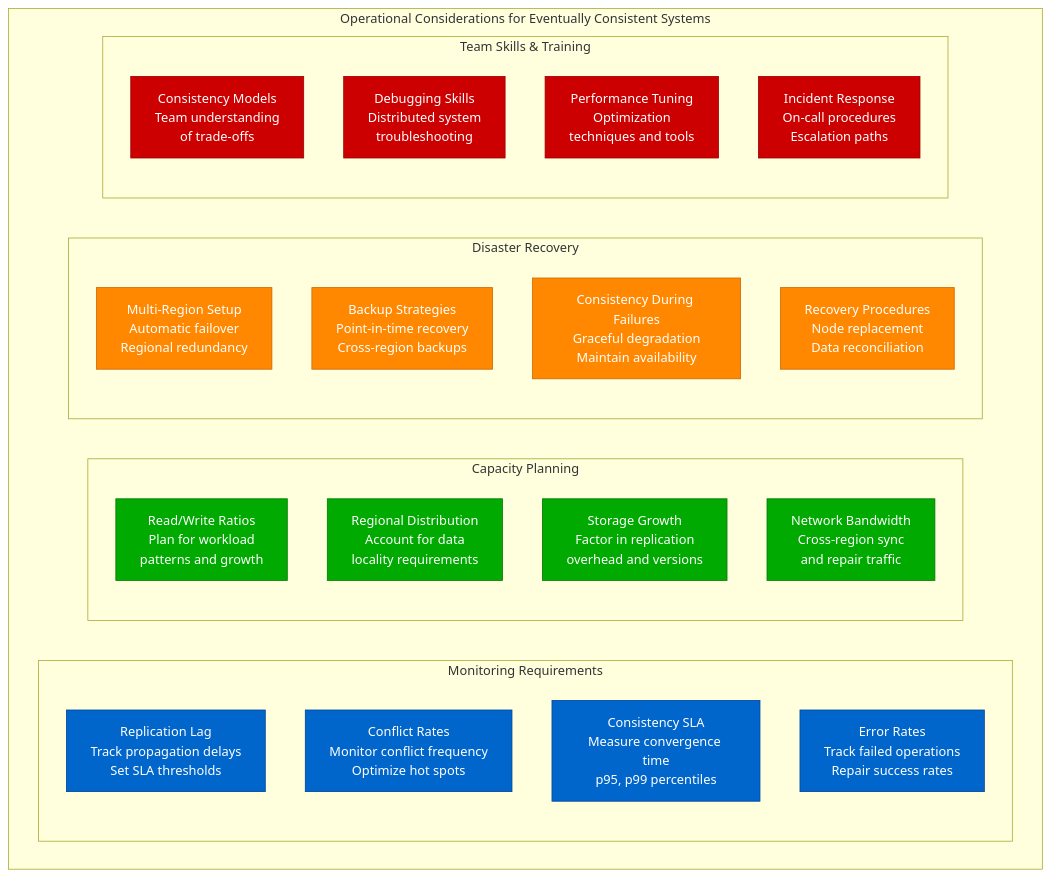
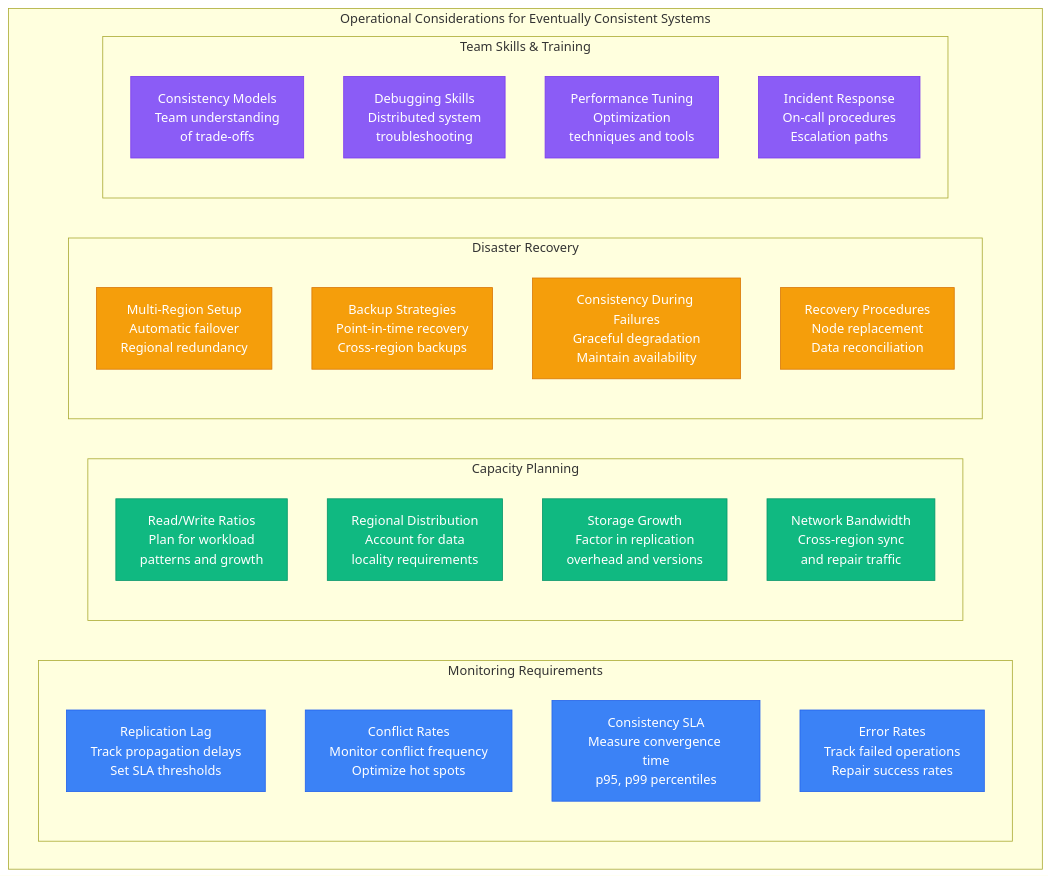
Diagram 12 of 12 in site/docs/guarantees/eventual-consistency/eventual-consistency-examples.md (deepaucksharma/DS), drawn with Mermaid before and after one commit. The commit also changed other lines of this file and 303 other files, not shown here.

````diff
--- a/site/docs/guarantees/eventual-consistency/eventual-consistency-examples.md
+++ b/site/docs/guarantees/eventual-consistency/eventual-consistency-examples.md
@@ -588,42 +588,42 @@
 ```mermaid
 graph TB
     subgraph OperationalConsiderations[Operational Considerations for Eventually Consistent Systems]
         subgraph MonitoringRequirements[Monitoring Requirements]
             MR1[Replication Lag<br/>Track propagation delays<br/>Set SLA thresholds]
             MR2[Conflict Rates<br/>Monitor conflict frequency<br/>Optimize hot spots]
             MR3[Consistency SLA<br/>Measure convergence time<br/>p95, p99 percentiles]
             MR4[Error Rates<br/>Track failed operations<br/>Repair success rates]
         end
 
         subgraph CapacityPlanning[Capacity Planning]
             CP1[Read/Write Ratios<br/>Plan for workload<br/>patterns and growth]
             CP2[Regional Distribution<br/>Account for data<br/>locality requirements]
             CP3[Storage Growth<br/>Factor in replication<br/>overhead and versions]
             CP4[Network Bandwidth<br/>Cross-region sync<br/>and repair traffic]
         end
 
         subgraph DisasterRecovery[Disaster Recovery]
             DR1[Multi-Region Setup<br/>Automatic failover<br/>Regional redundancy]
             DR2[Backup Strategies<br/>Point-in-time recovery<br/>Cross-region backups]
             DR3[Consistency During Failures<br/>Graceful degradation<br/>Maintain availability]
             DR4[Recovery Procedures<br/>Node replacement<br/>Data reconciliation]
         end
 
         subgraph TeamSkills[Team Skills & Training]
             TS1[Consistency Models<br/>Team understanding<br/>of trade-offs]
             TS2[Debugging Skills<br/>Distributed system<br/>troubleshooting]
             TS3[Performance Tuning<br/>Optimization<br/>techniques and tools]
             TS4[Incident Response<br/>On-call procedures<br/>Escalation paths]
         end
     end
 
-    classDef monitoringStyle fill:#0066CC,stroke:#004499,color:#fff
-    classDef capacityStyle fill:#00AA00,stroke:#007700,color:#fff
-    classDef drStyle fill:#FF8800,stroke:#CC6600,color:#fff
-    classDef skillsStyle fill:#CC0000,stroke:#990000,color:#fff
+    classDef monitoringStyle fill:#3B82F6,stroke:#2563EB,color:#fff
+    classDef capacityStyle fill:#10B981,stroke:#059669,color:#fff
+    classDef drStyle fill:#F59E0B,stroke:#D97706,color:#fff
+    classDef skillsStyle fill:#8B5CF6,stroke:#7C3AED,color:#fff
 
     class MR1,MR2,MR3,MR4 monitoringStyle
     class CP1,CP2,CP3,CP4 capacityStyle
     class DR1,DR2,DR3,DR4 drStyle
     class TS1,TS2,TS3,TS4 skillsStyle
 ```
````
